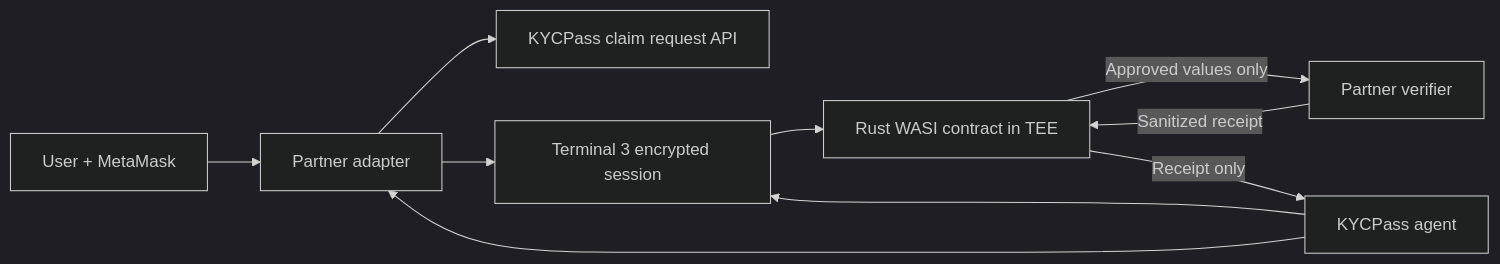
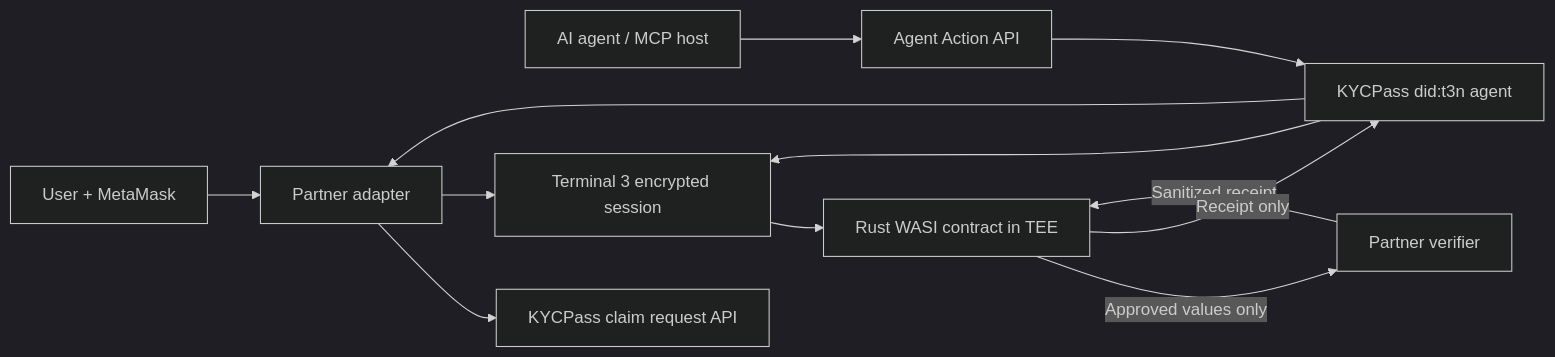
Before and after one commit to adilhusain01/KYCPass: the diagram in README.md, drawn with Mermaid (dark theme). The commit also changed other lines of this file and 23 other files, not shown here.

````diff
--- a/README.md
+++ b/README.md
@@ -46,12 +51,14 @@
 ```mermaid
 flowchart LR
     U["User + MetaMask"] --> A["Partner adapter"]
+    AI["AI agent / MCP host"] --> AA["Agent Action API"]
+    AA --> S["KYCPass did:t3n agent"]
     A --> R["KYCPass claim request API"]
     A --> T3["Terminal 3 encrypted session"]
-    S["KYCPass agent"] --> T3
+    S --> T3
     T3 --> W["Rust WASI contract in TEE"]
     W -->|"Approved values only"| V["Partner verifier"]
     V -->|"Sanitized receipt"| W
     W -->|"Receipt only"| S
     S --> A
 ```
````
